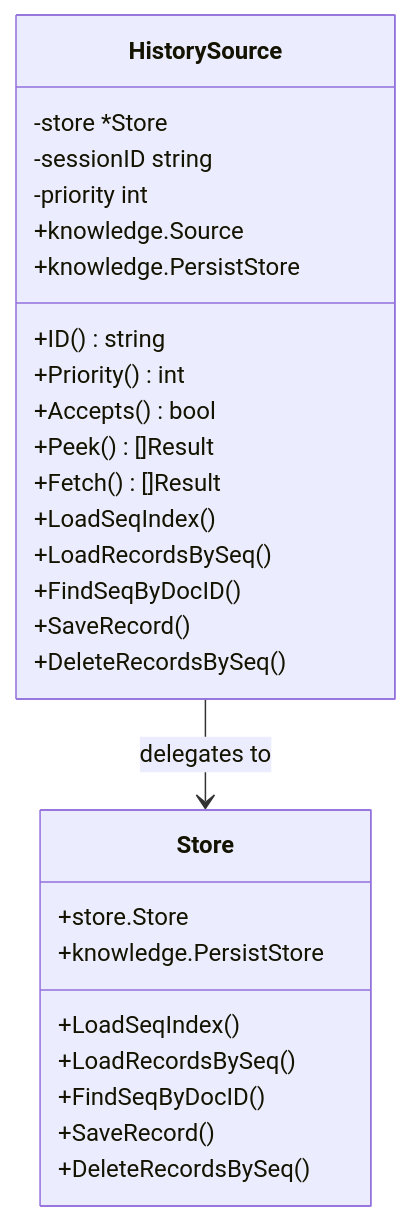
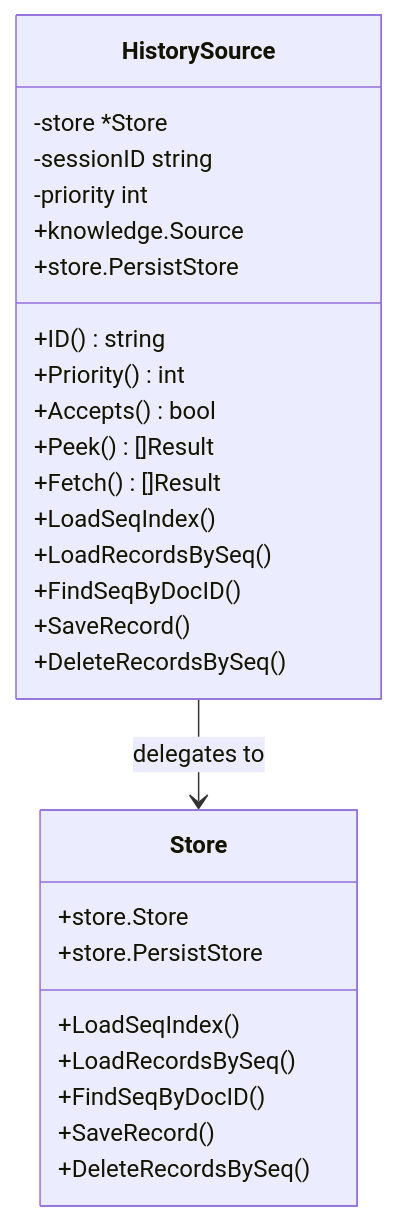
One commit to larryhou/llm-go changed the fifth of 5 diagrams in .opencode/skills/memory/SKILL.md. Above: the diagram before and after it, drawn with Mermaid. The commit also changed other lines of this file and 13 other files, not shown here.

````diff
--- a/.opencode/skills/memory/SKILL.md
+++ b/.opencode/skills/memory/SKILL.md
@@ -299,30 +299,30 @@
 ```mermaid
 classDiagram
     class Store {
         +store.Store
-        +knowledge.PersistStore
+        +store.PersistStore
         +LoadSeqIndex()
         +LoadRecordsBySeq()
         +FindSeqByDocID()
         +SaveRecord()
         +DeleteRecordsBySeq()
     }
     class HistorySource {
         -store *Store
         -sessionID string
         -priority int
         +knowledge.Source
-        +knowledge.PersistStore
+        +store.PersistStore
         +ID() string
         +Priority() int
         +Accepts() bool
         +Peek() []Result
         +Fetch() []Result
         +LoadSeqIndex()
         +LoadRecordsBySeq()
         +FindSeqByDocID()
         +SaveRecord()
         +DeleteRecordsBySeq()
     }
     HistorySource --> Store : delegates to
 ```
````
